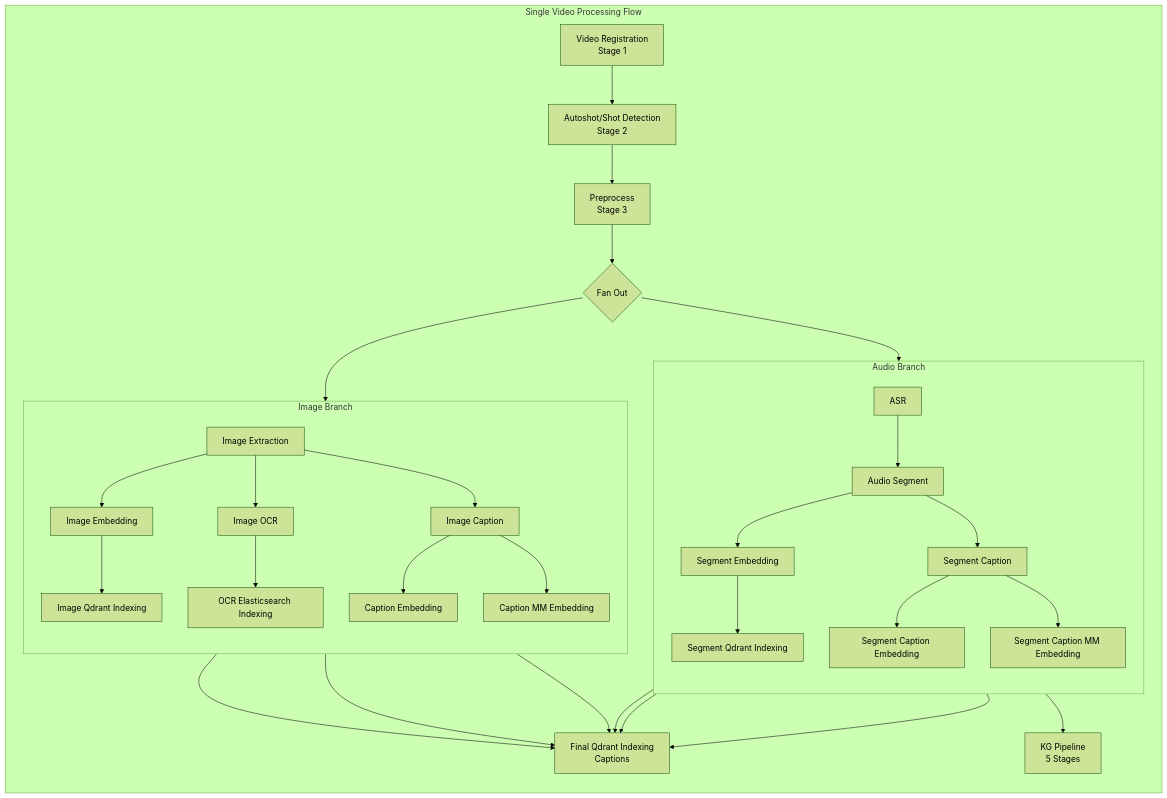
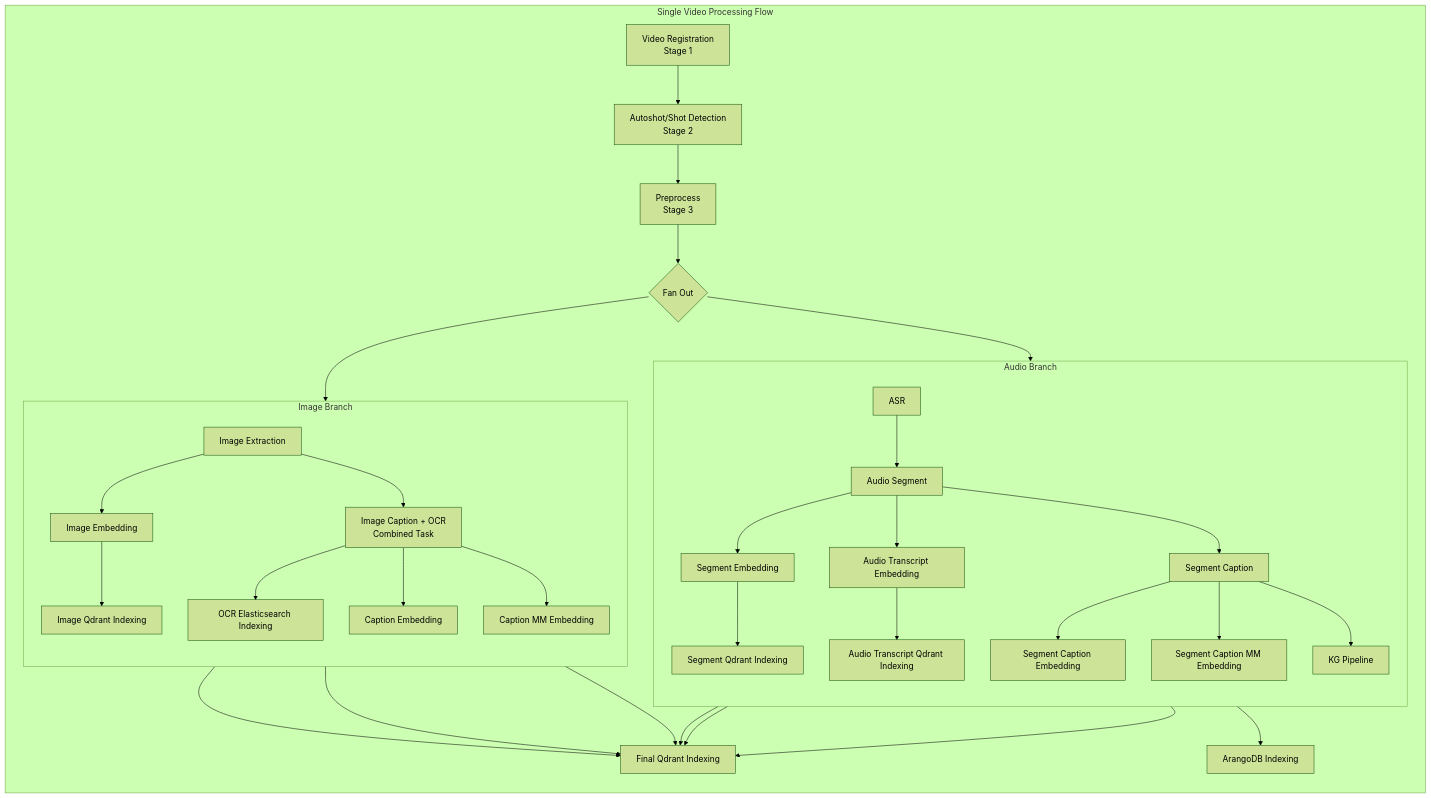
The diagram in video_pipeline/CLAUDE.md (TinhAnhGitHub/CAPSTONE_PROJECT), drawn with Mermaid (forest theme) before and after one commit. The commit also changed other lines of this file and 2 other files, not shown here.

````diff
--- a/video_pipeline/CLAUDE.md
+++ b/video_pipeline/CLAUDE.md
@@ -162,42 +173,44 @@
 ```mermaid
 flowchart TB
     subgraph Main["Single Video Processing Flow"]
         direction TB
         A[Video Registration<br/>Stage 1] --> B[Autoshot/Shot Detection<br/>Stage 2]
         B --> C[Preprocess<br/>Stage 3]
         C --> D{Fan Out}
 
         D --> E
         D --> L
 
         subgraph AudioBranch["Audio Branch"]
             direction TB
             E[ASR] --> F[Audio Segment]
             F --> G[Segment Embedding]
             F --> H[Segment Caption]
+            F --> GA[Audio Transcript Embedding]
             G --> I[Segment Qdrant Indexing]
+            GA --> GB[Audio Transcript Qdrant Indexing]
             H --> J[Segment Caption Embedding]
             H --> K[Segment Caption MM Embedding]
+            H --> U[KG Pipeline]
         end
 
         subgraph ImageBranch["Image Branch"]
             direction TB
-            L[Image Extraction] --> M[Image Caption]
+            L[Image Extraction] --> M[Image Caption + OCR<br/>Combined Task]
             L --> N[Image Embedding]
-            L --> O[Image OCR]
             N --> P[Image Qdrant Indexing]
-            O --> Q[OCR Elasticsearch Indexing]
+            M --> Q[OCR Elasticsearch Indexing]
             M --> R[Caption Embedding]
             M --> S[Caption MM Embedding]
         end
 
-        I --> T[Final Qdrant Indexing<br/>Captions]
+        I --> T[Final Qdrant Indexing]
         J --> T
         K --> T
         P --> T
         R --> T
         S --> T
 
-        H --> U[KG Pipeline<br/>5 Stages]
+        U --> V[ArangoDB Indexing]
     end
 ```
````
